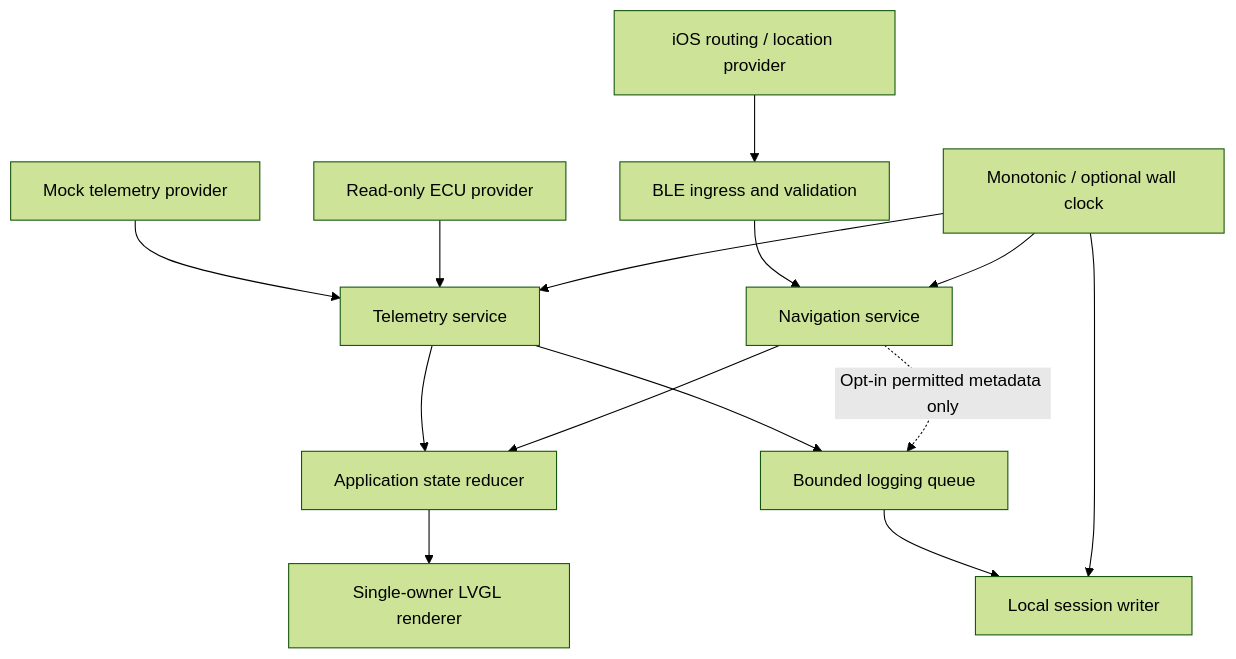
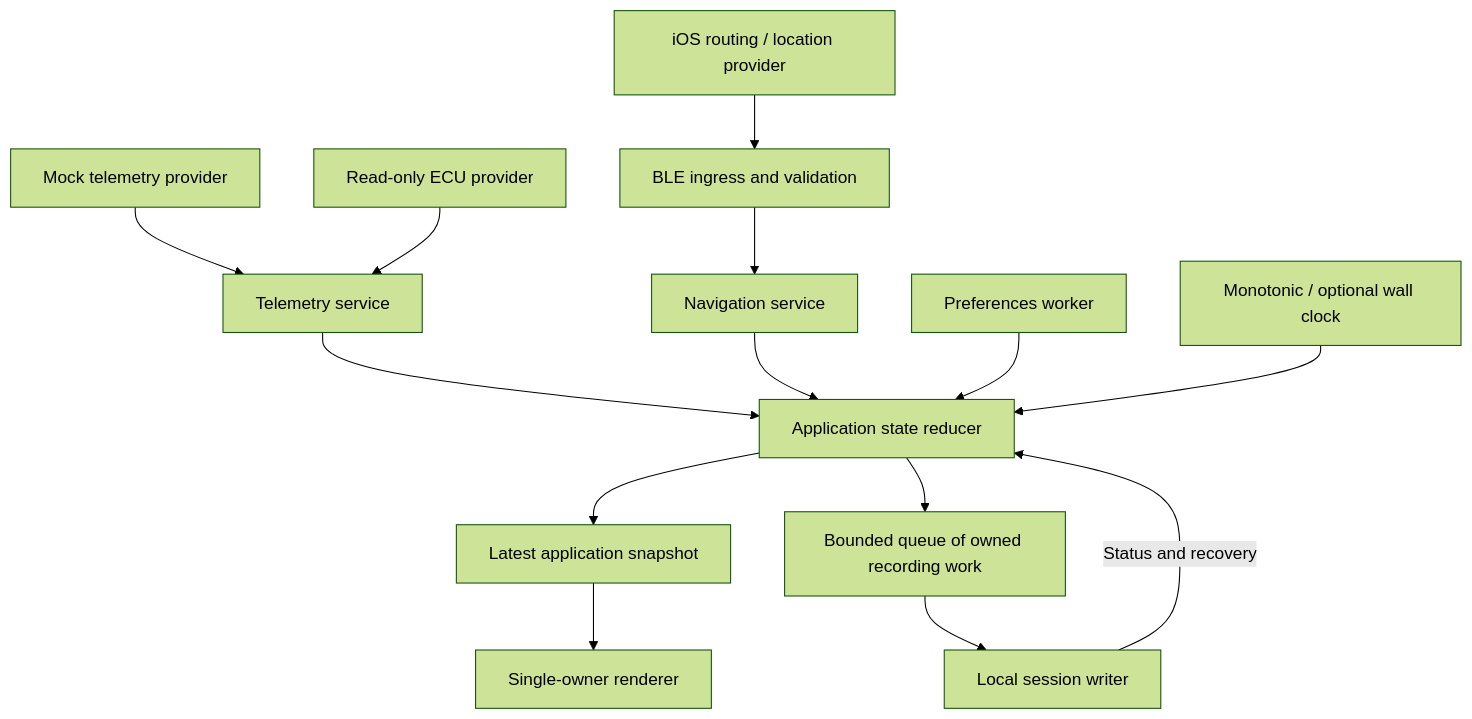
One commit to SumedhSankhe/interceptor650-mfd changed the second of 2 diagrams in docs/architecture.md. Above: the diagram before and after it, drawn with Mermaid (forest theme). The commit also changed other lines of this file and 35 other files, not shown here.

````diff
--- a/docs/architecture.md
+++ b/docs/architecture.md
@@ -22,16 +22,16 @@
 ```mermaid
 flowchart TB
     MOCK["Mock telemetry provider"] --> T["Telemetry service"]
     LIVE["Read-only ECU provider"] --> T
     PH["iOS routing / location provider"] --> GATT["BLE ingress and validation"]
     GATT --> N["Navigation service"]
     T --> S["Application state reducer"]
     N --> S
-    S --> UI["Single-owner LVGL renderer"]
-    T --> Q["Bounded logging queue"]
-    N -. "Opt-in permitted metadata only" .-> Q
+    S --> SNAP["Latest application snapshot"]
+    SNAP --> UI["Single-owner renderer"]
+    S --> Q["Bounded queue of owned recording work"]
     Q --> STORE["Local session writer"]
-    CLOCK["Monotonic / optional wall clock"] --> T
-    CLOCK --> N
-    CLOCK --> STORE
+    STORE -->|Status and recovery| S
+    SETTINGS["Preferences worker"] --> S
+    CLOCK["Monotonic / optional wall clock"] --> S
 ```
````
